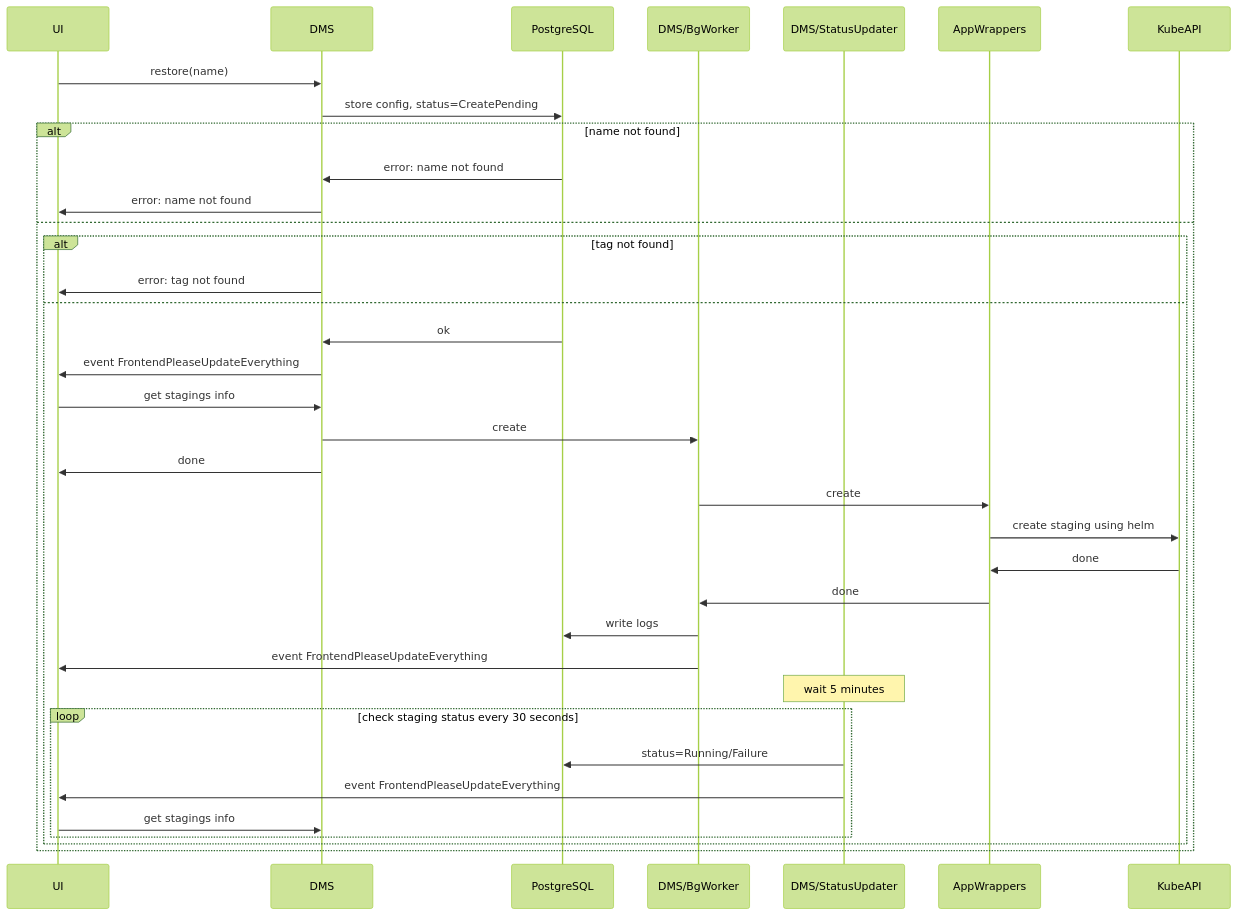
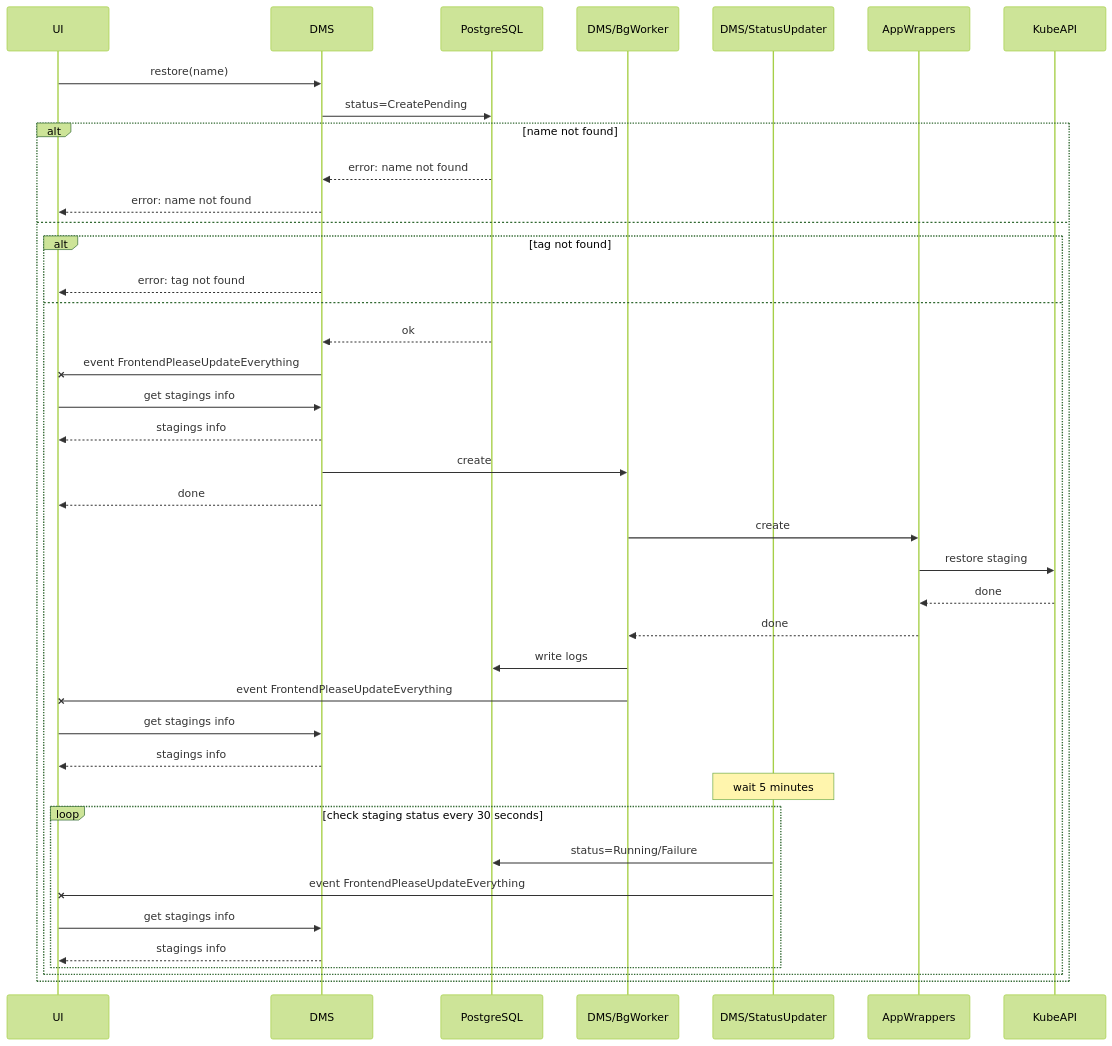
One commit to typeable/octopod changed the diagram in docs/diagrams/src/technical-architecture-restore-via-ui.mmd. Above: the diagram before and after it, drawn with Mermaid (forest theme). The commit also changed 23 other files, not shown here.

Commit message:
add 'Files of app wrappers' section, change arrows style of sequence diagrams

```diff
--- a/docs/diagrams/src/technical-architecture-restore-via-ui.mmd
+++ b/docs/diagrams/src/technical-architecture-restore-via-ui.mmd
@@ -1,36 +1,40 @@
 sequenceDiagram
     participant UI
     participant DMS
     participant PostgreSQL
     participant DMS/BgWorker
     participant DMS/StatusUpdater
     participant AppWrappers
     participant KubeAPI
     UI->>DMS: restore(name)
-    DMS->>PostgreSQL: store config, status=CreatePending
+    DMS->>PostgreSQL: status=CreatePending
     alt name not found
-        PostgreSQL->>DMS: error: name not found
-        DMS->>UI: error: name not found
+        PostgreSQL-->>DMS: error: name not found
+        DMS-->>UI: error: name not found
     else
         alt tag not found
-            DMS->>UI: error: tag not found
+            DMS-->>UI: error: tag not found
         else
-            PostgreSQL->>DMS: ok
-            DMS->>UI: event FrontendPleaseUpdateEverything
+            PostgreSQL-->>DMS: ok
+            DMS-xUI: event FrontendPleaseUpdateEverything
             UI->>DMS: get stagings info
+            DMS-->>UI: stagings info
             DMS->>DMS/BgWorker: create
-            DMS->>UI: done
+            DMS-->>UI: done
             DMS/BgWorker->>AppWrappers: create
-            AppWrappers->>KubeAPI: create staging using helm
-            KubeAPI->>AppWrappers: done
-            AppWrappers->>DMS/BgWorker: done
+            AppWrappers->>KubeAPI: restore staging
+            KubeAPI-->>AppWrappers: done
+            AppWrappers-->>DMS/BgWorker: done
             DMS/BgWorker->>PostgreSQL: write logs
-            DMS/BgWorker->>UI: event FrontendPleaseUpdateEverything
+            DMS/BgWorker-xUI: event FrontendPleaseUpdateEverything
+            UI->>DMS: get stagings info
+            DMS-->>UI: stagings info
             Note over DMS/StatusUpdater: wait 5 minutes
             loop check staging status every 30 seconds
                 DMS/StatusUpdater->>PostgreSQL: status=Running/Failure
-                DMS/StatusUpdater->>UI: event FrontendPleaseUpdateEverything
+                DMS/StatusUpdater-xUI: event FrontendPleaseUpdateEverything
                 UI->>DMS: get stagings info
+                DMS-->>UI: stagings info
             end
         end
     end
```
